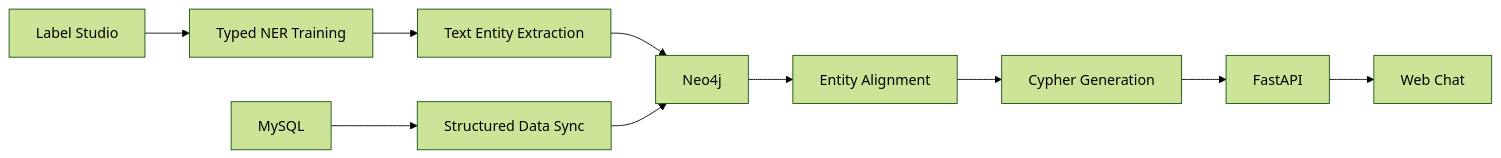
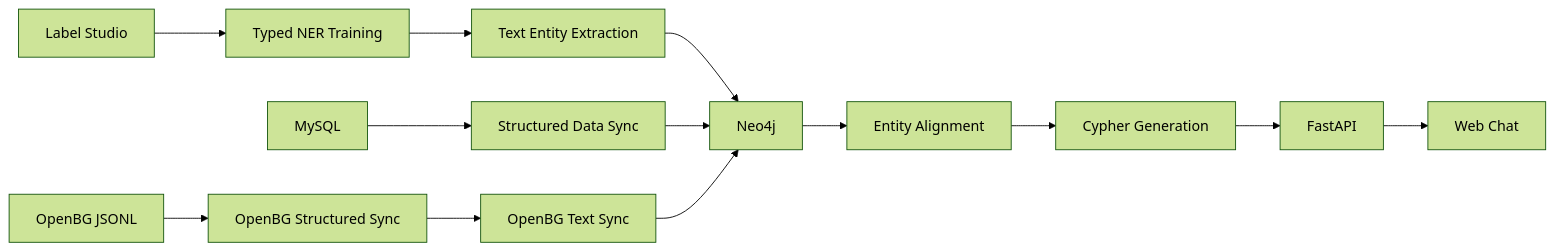
One commit to xiaoqkw/ec-knowledge-graph changed the diagram in README.md. Above: the diagram before and after it, drawn with Mermaid (forest theme). The commit also changed other lines of this file and 11 other files, not shown here.

Commit message:
Add OpenBG graph import pipeline

````diff
--- a/README.md
+++ b/README.md
@@ -35,12 +36,15 @@
 ```mermaid
 flowchart LR
     A[Label Studio] --> B[Typed NER Training]
     B --> C[Text Entity Extraction]
     D[MySQL] --> E[Structured Data Sync]
-    C --> F[Neo4j]
-    E --> F[Neo4j]
-    F --> G[Entity Alignment]
-    G --> H[Cypher Generation]
-    H --> I[FastAPI]
-    I --> J[Web Chat]
+    F[OpenBG JSONL] --> G[OpenBG Structured Sync]
+    G --> H[OpenBG Text Sync]
+    C --> I[Neo4j]
+    E --> I[Neo4j]
+    H --> I[Neo4j]
+    I --> J[Entity Alignment]
+    J --> K[Cypher Generation]
+    K --> L[FastAPI]
+    L --> M[Web Chat]
 ```
````
